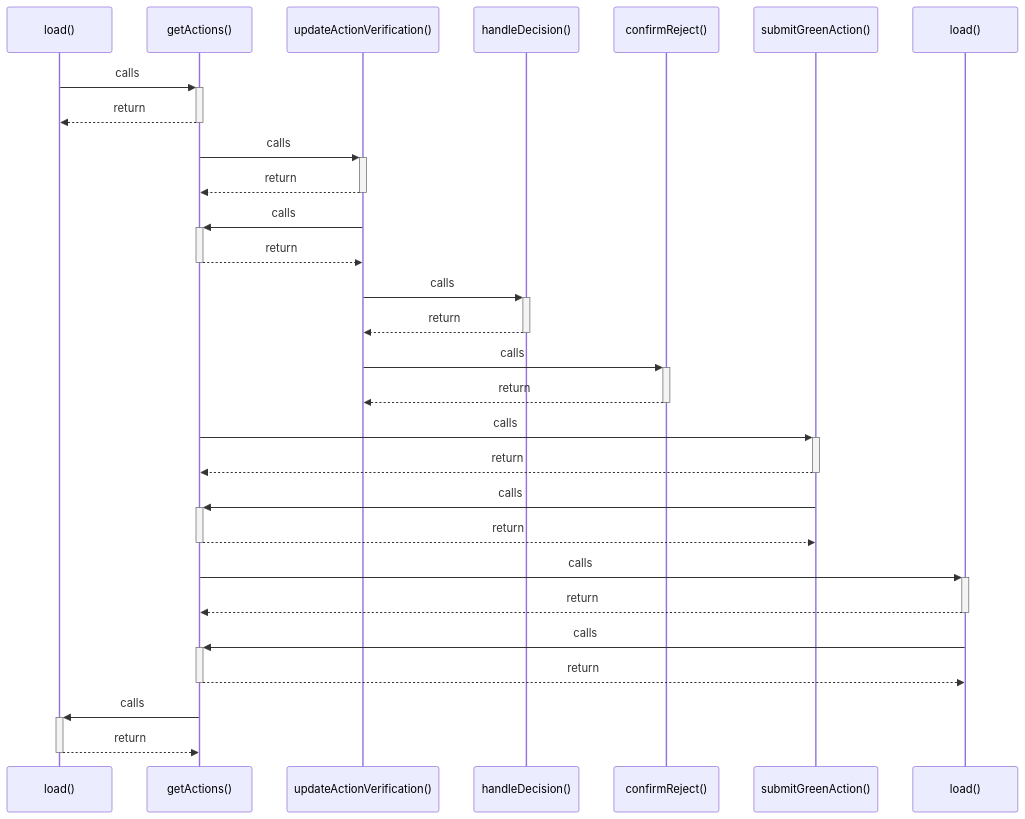
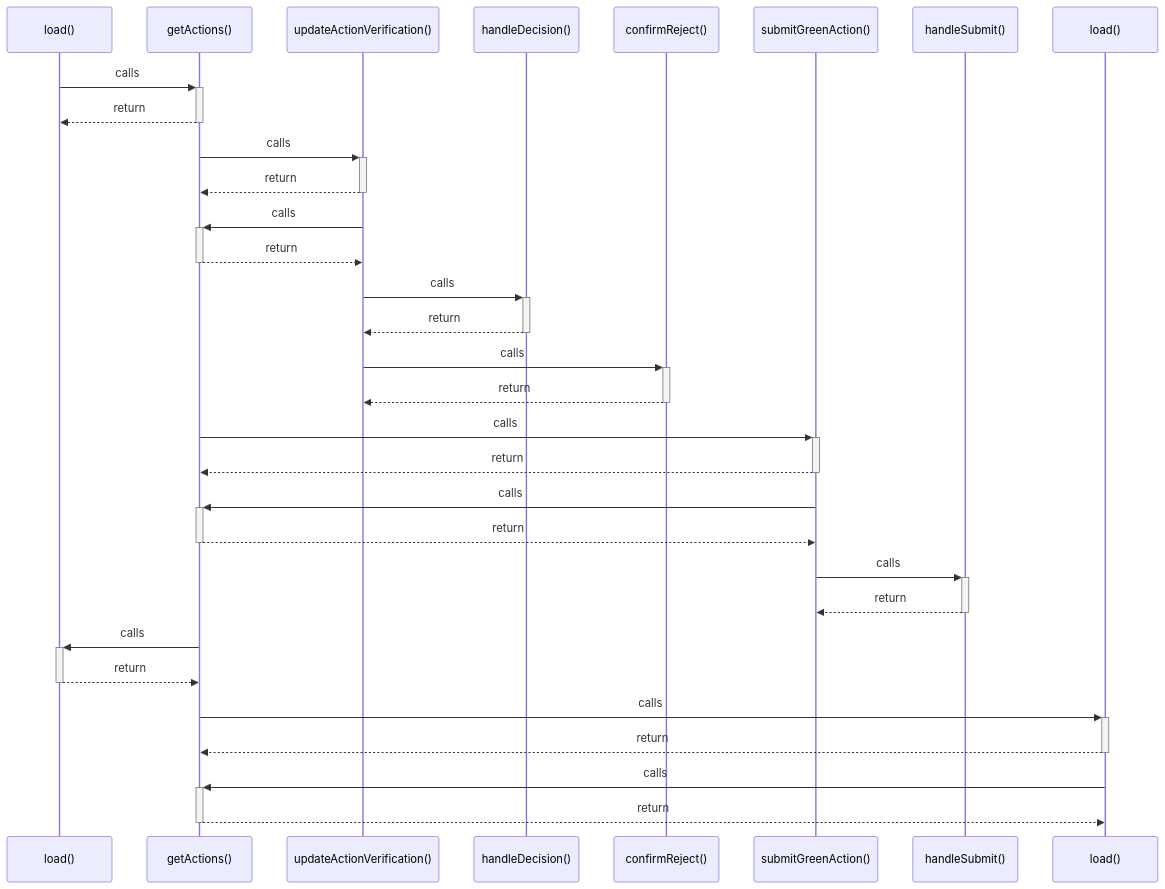
One commit to FY72X9/i-can-app changed the diagram in graphify-out/wiki/load().md. Above: the diagram before and after it, drawn with Mermaid. The commit also changed other lines of this file and 35 other files, not shown here.

Commit message:
feat: implement authentication service and UI pages with generated knowledge graph documentation

````diff
--- a/graphify-out/wiki/load().md
+++ b/graphify-out/wiki/load().md
@@ -7,30 +7,33 @@
 ```mermaid
 sequenceDiagram
     participant P0 as load()
     participant P1 as getActions()
     participant P2 as updateActionVerification()
     participant P3 as handleDecision()
     participant P4 as confirmReject()
     participant P5 as submitGreenAction()
-    participant P6 as load()
+    participant P6 as handleSubmit()
+    participant P7 as load()
     P0->>+ P1: calls
     P1-->>- P0: return
     P1->>+ P2: calls
     P2-->>- P1: return
     P2->>+ P1: calls
     P1-->>- P2: return
     P2->>+ P3: calls
     P3-->>- P2: return
     P2->>+ P4: calls
     P4-->>- P2: return
     P1->>+ P5: calls
     P5-->>- P1: return
     P5->>+ P1: calls
     P1-->>- P5: return
-    P1->>+ P6: calls
-    P6-->>- P1: return
-    P6->>+ P1: calls
-    P1-->>- P6: return
+    P5->>+ P6: calls
+    P6-->>- P5: return
     P1->>+ P0: calls
     P0-->>- P1: return
+    P1->>+ P7: calls
+    P7-->>- P1: return
+    P7->>+ P1: calls
+    P1-->>- P7: return
 ```
````
